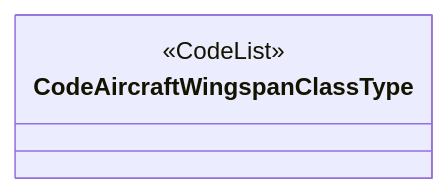
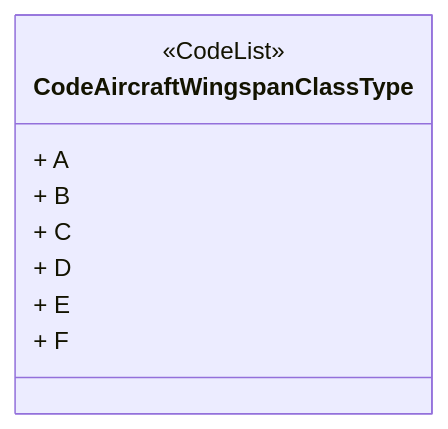
Diagram 31 of 46 in README.md (hlepori/testAIRM), drawn with Mermaid before and after one commit. The commit also changed other lines of this file, not shown here.

````diff
--- a/README.md
+++ b/README.md
@@ -715,5 +774,11 @@
 ```mermaid	
 classDiagram	
 class CodeAircraftWingspanClassType	
 <<CodeList>> CodeAircraftWingspanClassType	
+CodeAircraftWingspanClassType : + A	
+CodeAircraftWingspanClassType : + B	
+CodeAircraftWingspanClassType : + C	
+CodeAircraftWingspanClassType : + D	
+CodeAircraftWingspanClassType : + E	
+CodeAircraftWingspanClassType : + F	
 ```	
````
